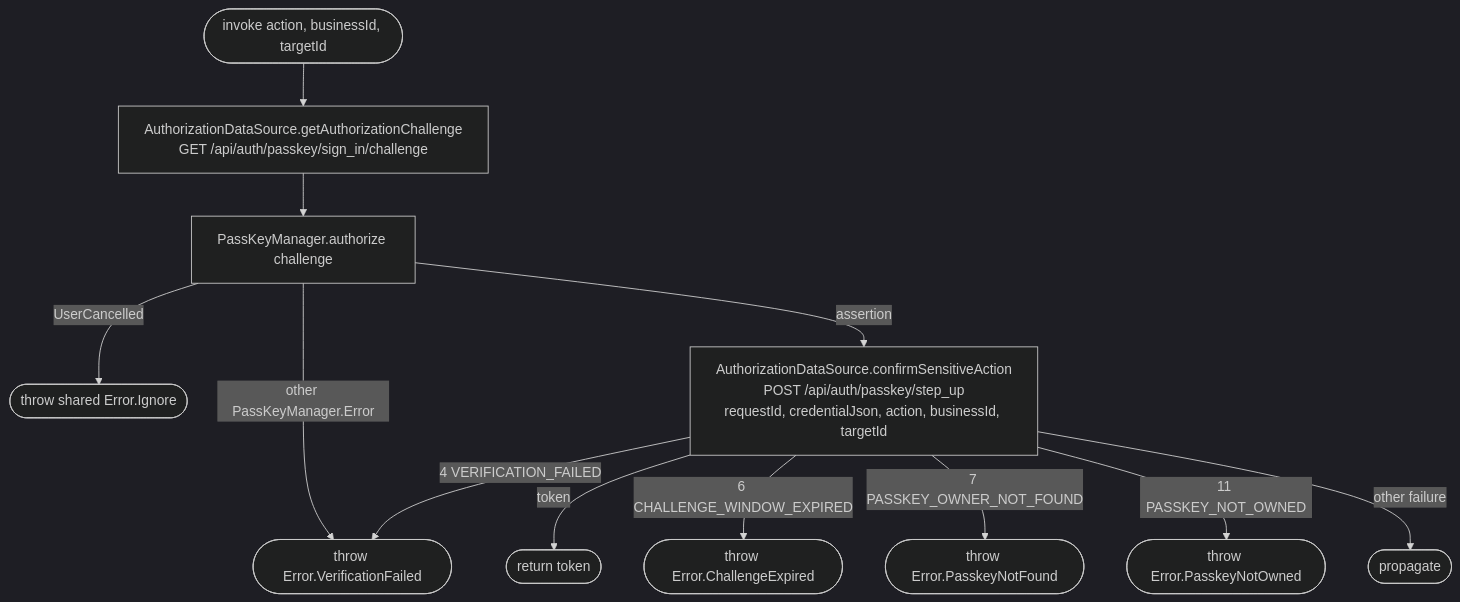
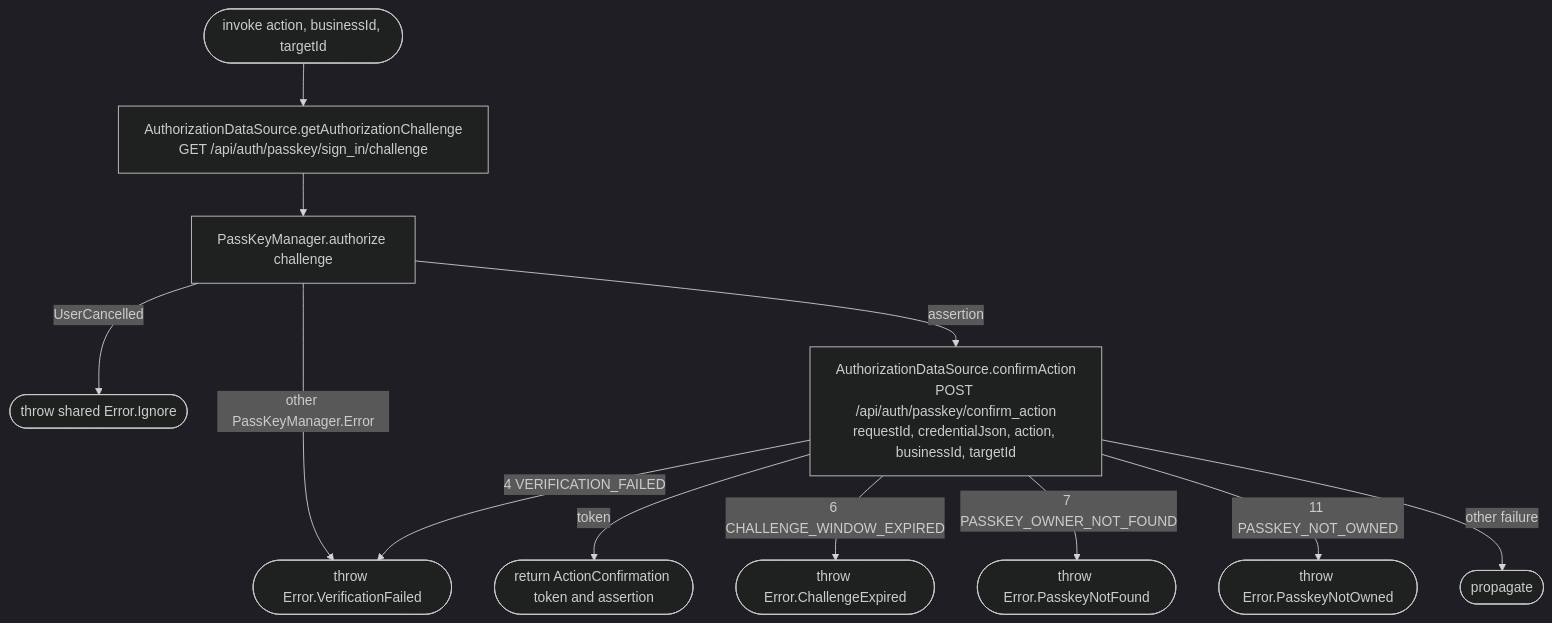
The diagram in docs/operations/authorization/confirm-sensitive-action.md (nocturneproperties/bookkme-client), drawn with Mermaid (dark theme) before and after one commit. The commit also changed other lines of this file and 54 other files, not shown here.

Commit message:
[ISSUE-119] rename step up flow to action confirmation

````diff
--- a/docs/operations/authorization/confirm-sensitive-action.md
+++ b/docs/operations/authorization/confirm-sensitive-action.md
@@ -8,14 +9,14 @@
 ```mermaid
 flowchart TD
     Start([invoke action, businessId, targetId]) --> Ch[AuthorizationDataSource.getAuthorizationChallenge<br/>GET /api/auth/passkey/sign_in/challenge]
     Ch --> PK[PassKeyManager.authorize challenge]
     PK -- UserCancelled --> Ignore([throw shared Error.Ignore])
     PK -- other PassKeyManager.Error --> Failed([throw Error.VerificationFailed])
-    PK -- assertion --> Net[AuthorizationDataSource.confirmSensitiveAction<br/>POST /api/auth/passkey/step_up<br/>requestId, credentialJson, action, businessId, targetId]
-    Net -- token --> R([return token])
+    PK -- assertion --> Net[AuthorizationDataSource.confirmAction<br/>POST /api/auth/passkey/confirm_action<br/>requestId, credentialJson, action, businessId, targetId]
+    Net -- token --> R([return ActionConfirmation token and assertion])
     Net -- 6 CHALLENGE_WINDOW_EXPIRED --> Expired([throw Error.ChallengeExpired])
     Net -- 4 VERIFICATION_FAILED --> Failed
     Net -- 7 PASSKEY_OWNER_NOT_FOUND --> Missing([throw Error.PasskeyNotFound])
     Net -- 11 PASSKEY_NOT_OWNED --> Wrong([throw Error.PasskeyNotOwned])
     Net -- other failure --> Other([propagate])
 ```
````
